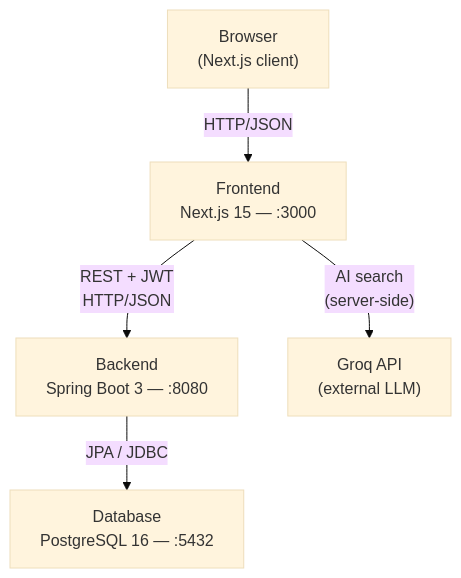
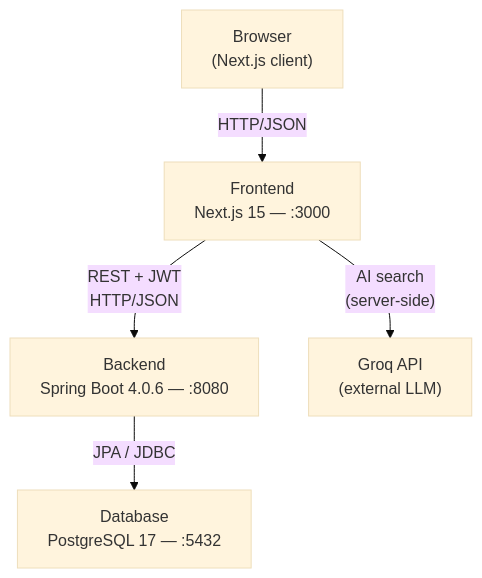
One commit to sepehrar/kapotiabi changed the diagram in docs/architecture.md. Above: the diagram before and after it, drawn with Mermaid (base theme). The commit also changed other lines of this file and 1 other file, not shown here.

````diff
--- a/docs/architecture.md
+++ b/docs/architecture.md
@@ -11,13 +11,13 @@
 ```mermaid
 graph TD
     Browser["Browser\n(Next.js client)"]
     Frontend["Frontend\nNext.js 15 — :3000"]
-    Backend["Backend\nSpring Boot 3 — :8080"]
-    DB["Database\nPostgreSQL 16 — :5432"]
+    Backend["Backend\nSpring Boot 4.0.6 — :8080"]
+    DB["Database\nPostgreSQL 17 — :5432"]
     Groq["Groq API\n(external LLM)"]
 
     Browser -->|"HTTP/JSON"| Frontend
     Frontend -->|"REST + JWT\nHTTP/JSON"| Backend
     Backend -->|"JPA / JDBC"| DB
     Frontend -->|"AI search\n(server-side)"| Groq
 ```
````
